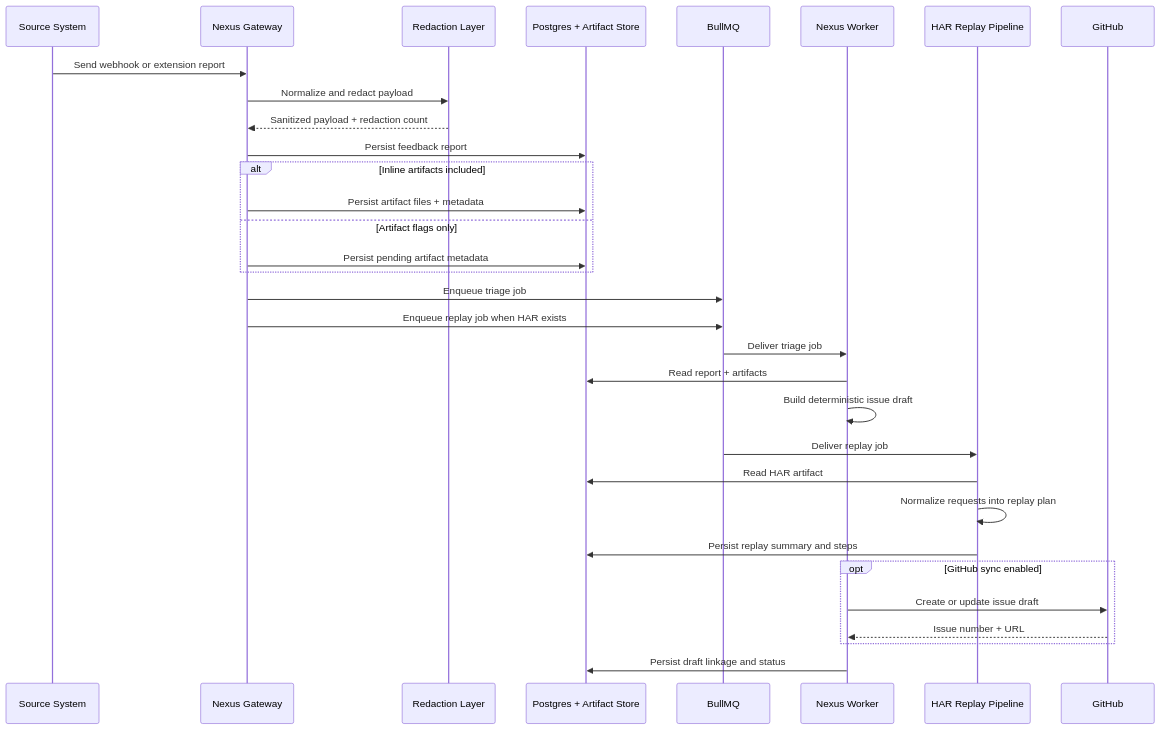
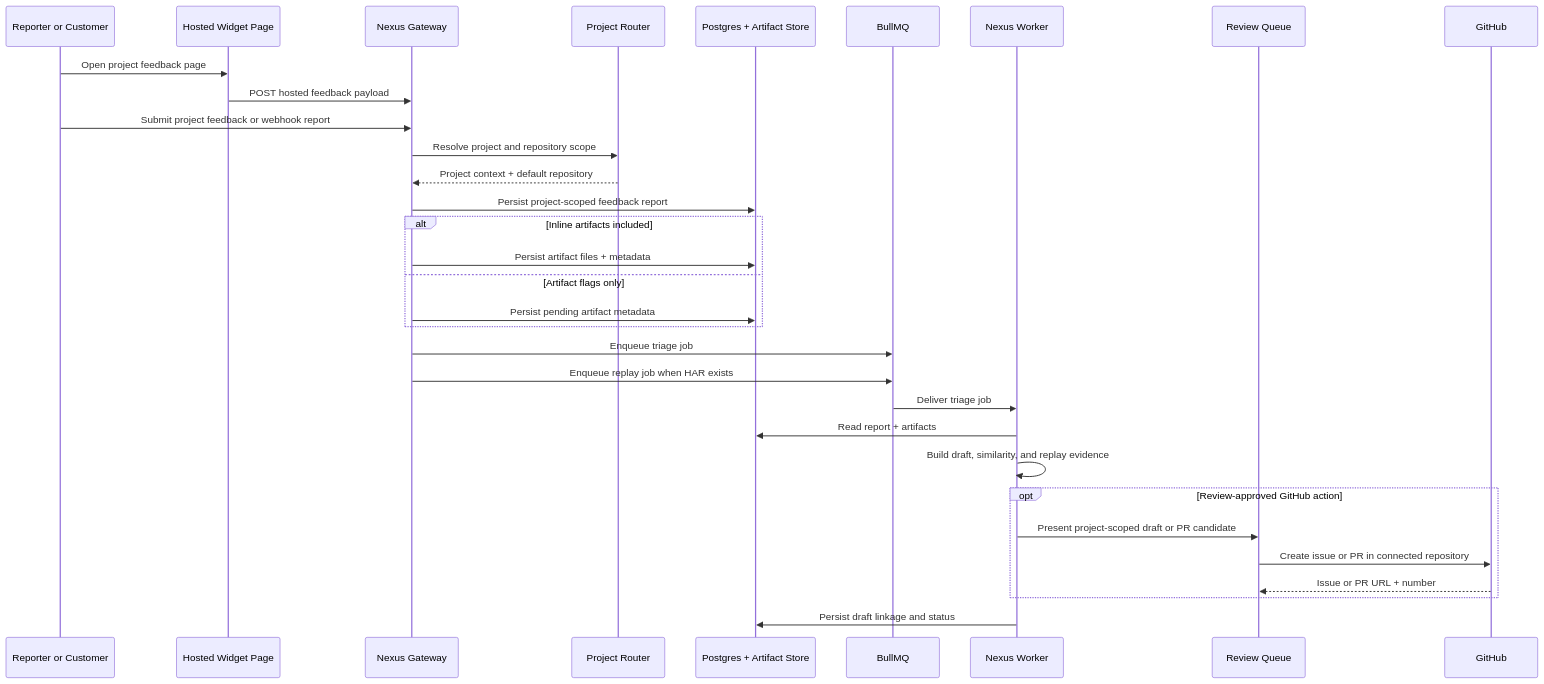
One commit to smithdavedesign/AI-Took-My-Job changed the third of 3 diagrams in README.md. Above: the diagram before and after it, drawn with Mermaid. The commit also changed other lines of this file and 39 other files, not shown here.

Commit message:
Ship Phase 9 hosted feedback flow

````diff
--- a/README.md
+++ b/README.md
@@ -103,35 +143,35 @@
 ```mermaid
 sequenceDiagram
-  participant Source as Source System
+  participant Reporter as Reporter or Customer
+  participant Widget as Hosted Widget Page
   participant Gateway as Nexus Gateway
-  participant Redactor as Redaction Layer
+  participant Router as Project Router
   participant Store as Postgres + Artifact Store
   participant Queue as BullMQ
   participant Worker as Nexus Worker
-  participant Replay as HAR Replay Pipeline
+  participant Review as Review Queue
   participant GitHub as GitHub
 
-  Source->>Gateway: Send webhook or extension report
-  Gateway->>Redactor: Normalize and redact payload
-  Redactor-->>Gateway: Sanitized payload + redaction count
-  Gateway->>Store: Persist feedback report
+  Reporter->>Widget: Open project feedback page
+  Widget->>Gateway: POST hosted feedback payload
+  Reporter->>Gateway: Submit project feedback or webhook report
+  Gateway->>Router: Resolve project and repository scope
+  Router-->>Gateway: Project context + default repository
+  Gateway->>Store: Persist project-scoped feedback report
   alt Inline artifacts included
     Gateway->>Store: Persist artifact files + metadata
   else Artifact flags only
     Gateway->>Store: Persist pending artifact metadata
   end
   Gateway->>Queue: Enqueue triage job
   Gateway->>Queue: Enqueue replay job when HAR exists
   Queue->>Worker: Deliver triage job
   Worker->>Store: Read report + artifacts
-  Worker->>Worker: Build deterministic issue draft
-  Queue->>Replay: Deliver replay job
-  Replay->>Store: Read HAR artifact
-  Replay->>Replay: Normalize requests into replay plan
-  Replay->>Store: Persist replay summary and steps
-  opt GitHub sync enabled
-    Worker->>GitHub: Create or update issue draft
-    GitHub-->>Worker: Issue number + URL
+  Worker->>Worker: Build draft, similarity, and replay evidence
+  opt Review-approved GitHub action
+    Worker->>Review: Present project-scoped draft or PR candidate
+    Review->>GitHub: Create issue or PR in connected repository
+    GitHub-->>Review: Issue or PR URL + number
   end
   Worker->>Store: Persist draft linkage and status
 ```
````
